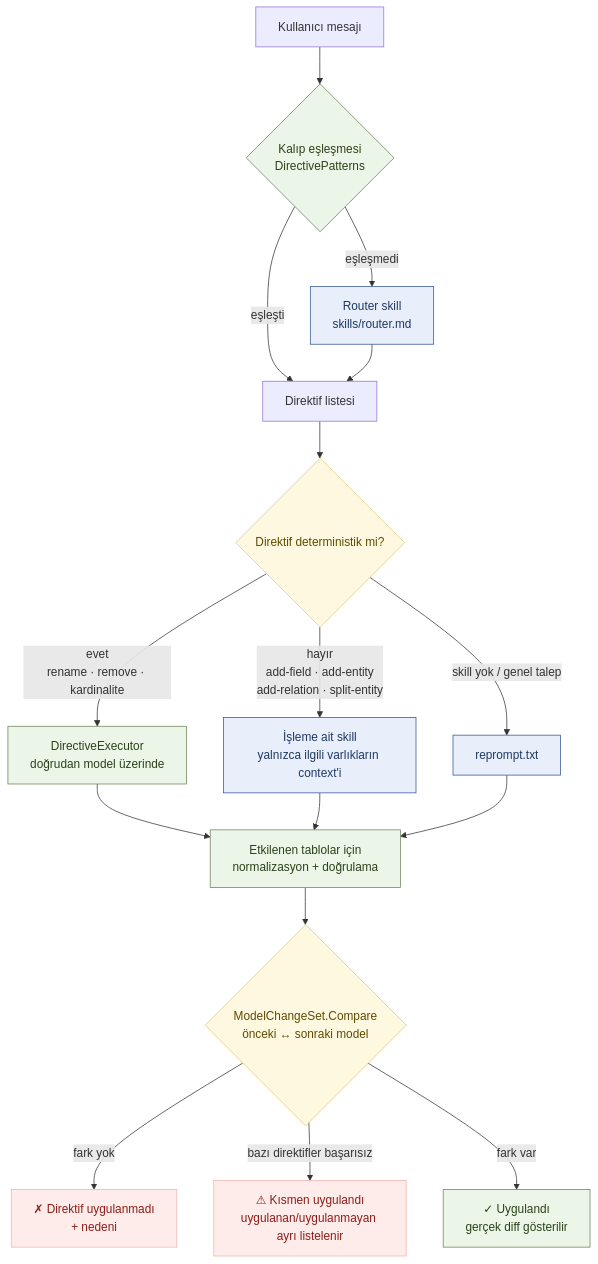
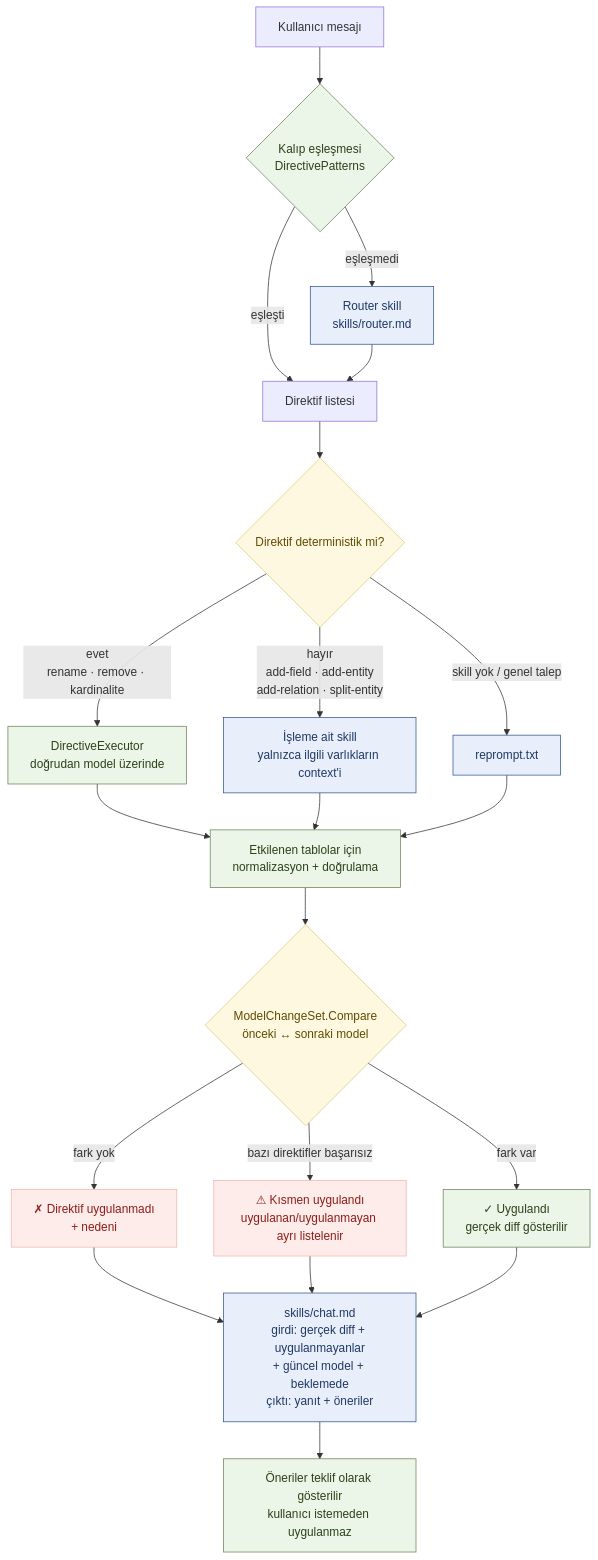
The third of 3 diagrams in docs/pipeline.md (keremgul/DataModelGenerator), drawn with Mermaid before and after one commit. The commit also changed other lines of this file and 15 other files, not shown here.

````diff
--- a/docs/pipeline.md
+++ b/docs/pipeline.md
@@ -131,26 +131,31 @@
 ```mermaid
 flowchart TD
     M["Kullanıcı mesajı"] --> R1{"Kalıp eşleşmesi<br/>DirectivePatterns"}:::code
     R1 -- "eşleşti" --> DIR["Direktif listesi"]
     R1 -- "eşleşmedi" --> R2["Router skill<br/>skills/router.md"]:::llm
     R2 --> DIR
 
     DIR --> Q{"Direktif deterministik mi?"}:::guard
     Q -- "evet<br/>rename · remove · kardinalite" --> EX["DirectiveExecutor<br/>doğrudan model üzerinde"]:::code
     Q -- "hayır<br/>add-field · add-entity<br/>add-relation · split-entity" --> SK["İşleme ait skill<br/>yalnızca ilgili varlıkların context'i"]:::llm
     Q -- "skill yok / genel talep" --> RP["reprompt.txt"]:::llm
 
     EX --> ND["Etkilenen tablolar için<br/>normalizasyon + doğrulama"]:::code
     SK --> ND
     RP --> ND
 
     ND --> DF{"ModelChangeSet.Compare<br/>önceki ↔ sonraki model"}:::guard
     DF -- "fark yok" --> NA["✗ Direktif uygulanmadı<br/>+ nedeni"]:::pending
     DF -- "bazı direktifler başarısız" --> PA["⚠ Kısmen uygulandı<br/>uygulanan/uygulanmayan ayrı listelenir"]:::pending
     DF -- "fark var" --> OK["✓ Uygulandı<br/>gerçek diff gösterilir"]:::code
 
+    NA --> CH
+    PA --> CH
+    OK --> CH["skills/chat.md<br/>girdi: gerçek diff + uygulanmayanlar<br/>+ güncel model + beklemede<br/>çıktı: yanıt + öneriler"]:::llm
+    CH --> SG["Öneriler teklif olarak gösterilir<br/>kullanıcı istemeden uygulanmaz"]:::code
+
     classDef llm fill:#E8EFFB,stroke:#2F5496,color:#1F3864
     classDef code fill:#EBF5E8,stroke:#6C8256,color:#2C4218
     classDef guard fill:#FFF8E1,stroke:#E0C97F,color:#5F4B00
     classDef pending fill:#FDECEA,stroke:#F0B4AE,color:#8C1D18
 ```
````
